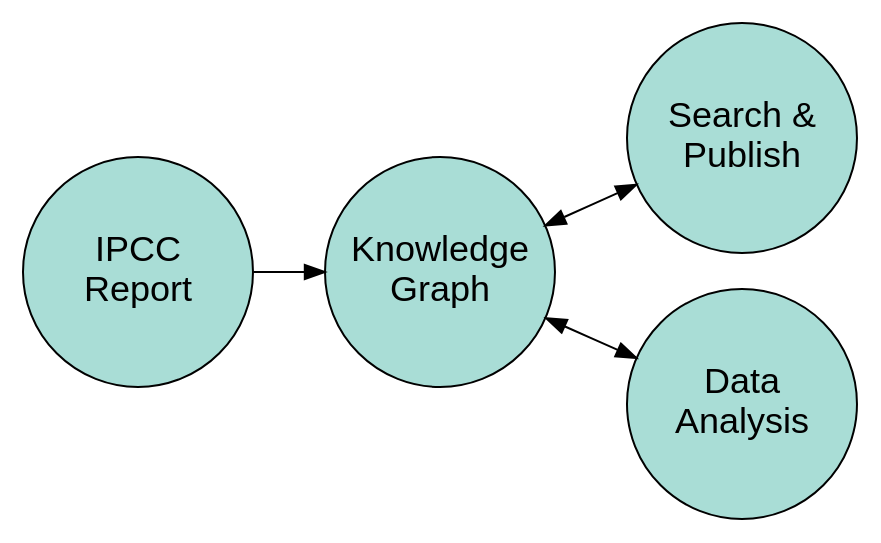
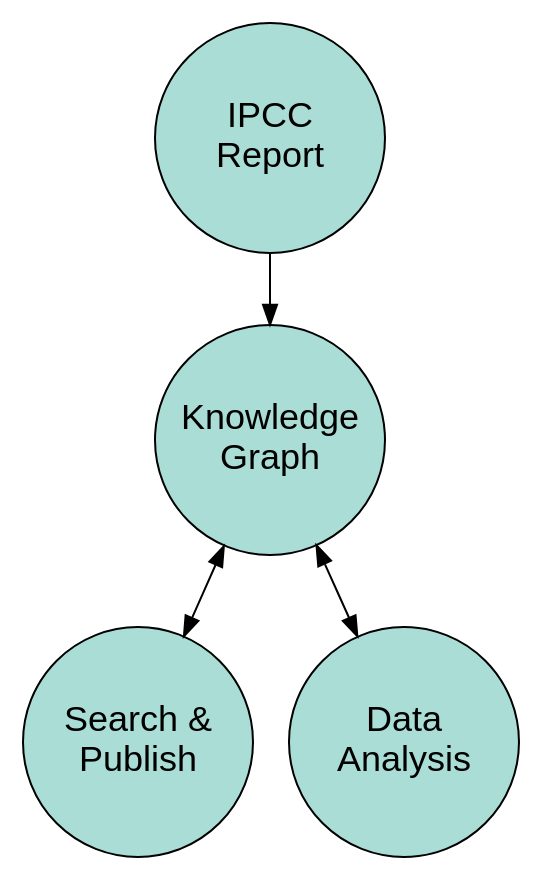
One commit to TIBHannover/climate-knowledge-graph changed the diagram in index.qmd. Above: the diagram before and after it, drawn with Graphviz. The commit also changed 1 other file, not shown here.

````diff
--- a/index.qmd
+++ b/index.qmd
@@ -18,16 +18,16 @@
 ```{dot}
 //| label: ckg-system
-//| fig-cap: "Figure: Climate Knowledge Graph schematic"
-//| fig-height: 3
+//| fig-cap: "<i>Figure: Climate Knowledge Graph schematic</i>"
+//| fig-height: 4
 digraph CKG {
-  rankdir="LR"
+  rankdir="TB"
   {node [fillcolor="#A9DDD6" margin=0 fontcolor=black fixedsize=true fontsize=18 width=1.6 shape=circle style=filled fontname="Arial"]
     a [label="IPCC \nReport"]
     b [label="Knowledge \nGraph"]
     c [label="Search & \nPublish"]
     d [label="Data \nAnalysis"] 
   }
   a -> b
   b -> {c d} [dir=both]
 }
 ```
````
